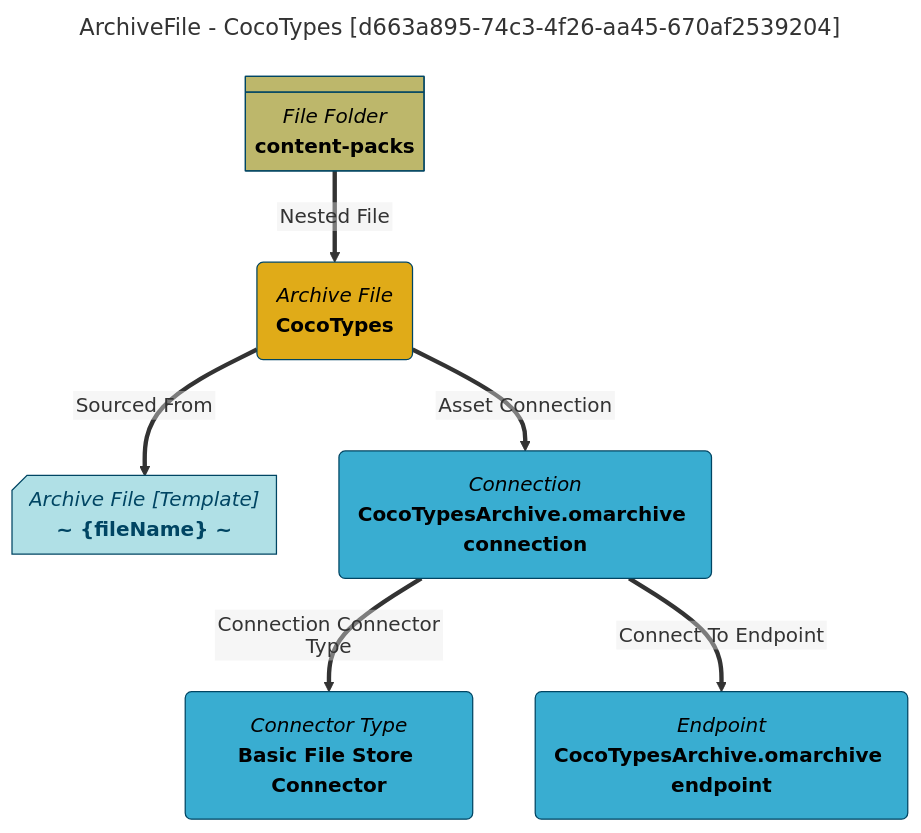
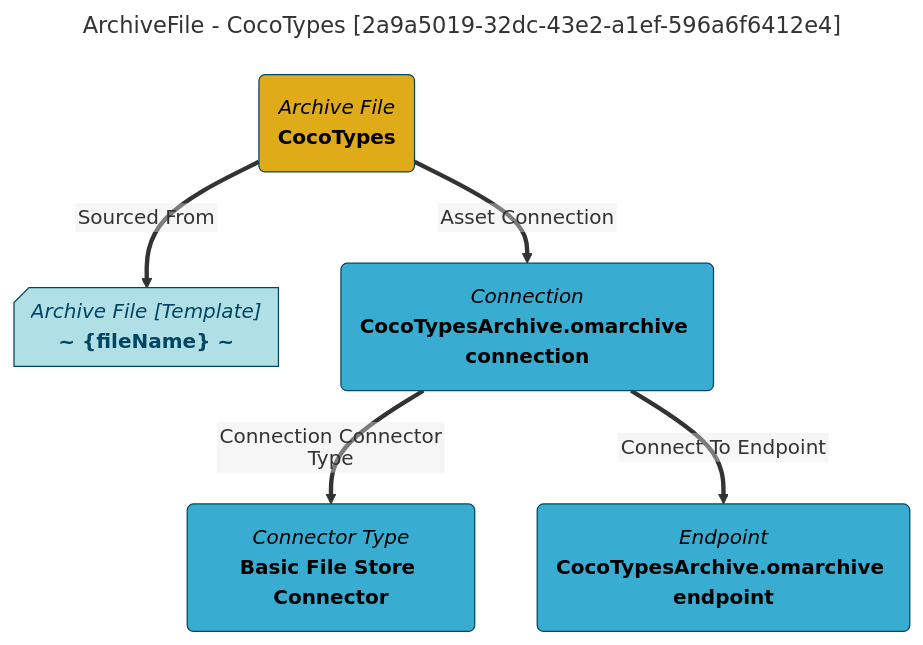
One commit to odpi/egeria-docs changed the diagram in site/snippets/data-assets/cocotypes-mermaid-graph.md. Above: the diagram before and after it, drawn with Mermaid. The commit also changed 2201 other files, not shown here.

````diff
--- a/site/snippets/data-assets/cocotypes-mermaid-graph.md
+++ b/site/snippets/data-assets/cocotypes-mermaid-graph.md
@@ -1,31 +1,27 @@
 ```mermaid
 ---
-title: ArchiveFile - CocoTypes [d663a895-74c3-4f26-aa45-670af2539204]
+title: ArchiveFile - CocoTypes [2a9a5019-32dc-43e2-a1ef-596a6f6412e4]
 ---
 flowchart TD
 %%{init: {"flowchart": {"htmlLabels": false}} }%%
 
 1@{ shape: rounded, label: "*Archive File*
 **CocoTypes**"}
 2@{ shape: card, label: "*Archive File [Template]*
 **~ {fileName} ~**"}
 1==>|"Sourced From"|2
 3@{ shape: rounded, label: "*Connection*
 **CocoTypesArchive.omarchive connection**"}
 1==>|"Asset Connection"|3
 4@{ shape: rounded, label: "*Connector Type*
 **Basic File Store Connector**"}
 3==>|"Connection Connector Type"|4
 5@{ shape: rounded, label: "*Endpoint*
 **CocoTypesArchive.omarchive endpoint**"}
 3==>|"Connect To Endpoint"|5
-6@{ shape: div-rect, label: "*File Folder*
-**content-packs**"}
-6==>|"Nested File"|1
 style 1 color:#000000, fill:#e0ab18, stroke:#004563
 style 2 color:#004563, fill:#b0e0e6, stroke:#004563
 style 3 color:#000000, fill:#39add1, stroke:#004563
 style 4 color:#000000, fill:#39add1, stroke:#004563
 style 5 color:#000000, fill:#39add1, stroke:#004563
-style 6 color:#000000, fill:#bdb76b, stroke:#004563
 ```
````
